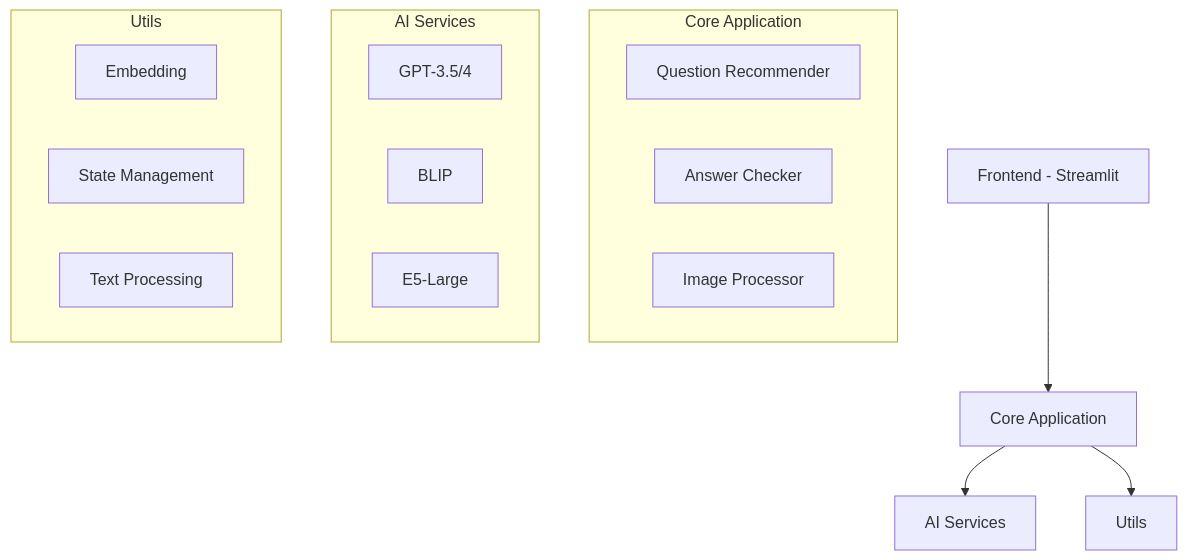
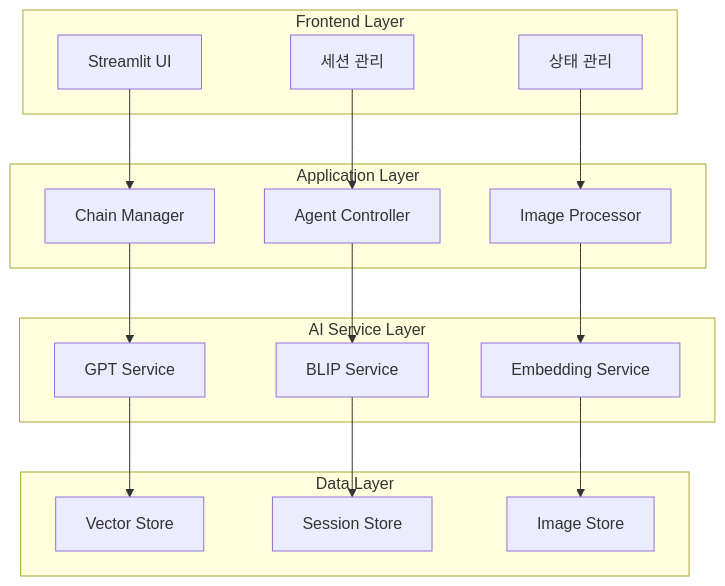
One commit to SKNETWORKS-FAMILY-AICAMP/SKN03-4th-3Team changed the fourth of 8 diagrams in README.md. Above: the diagram before and after it, drawn with Mermaid. The commit also changed other lines of this file, not shown here.

````diff
--- a/README.md
+++ b/README.md
@@ -70,24 +112,36 @@
 ```mermaid
 graph TB
-    A[Frontend - Streamlit] --> B[Core Application]
-    B --> C[AI Services]
-    B --> D[Utils]
-    
-    subgraph "Core Application"
-        B1[Question Recommender]
-        B2[Answer Checker]
+    subgraph "Frontend Layer"
+        A1[Streamlit UI]
+        A2[세션 관리]
+        A3[상태 관리]
+    end
+
+    subgraph "Application Layer"
+        B1[Chain Manager]
+        B2[Agent Controller]
         B3[Image Processor]
     end
-    
-    subgraph "AI Services"
-        C1[GPT-3.5/4]
-        C2[BLIP]
-        C3[E5-Large]
+
+    subgraph "AI Service Layer"
+        C1[GPT Service]
+        C2[BLIP Service]
+        C3[Embedding Service]
     end
-    
-    subgraph "Utils"
-        D1[Embedding]
-        D2[State Management]
-        D3[Text Processing]
+
+    subgraph "Data Layer"
+        D1[Vector Store]
+        D2[Session Store]
+        D3[Image Store]
     end
+
+    A1 --> B1
+    A2 --> B2
+    A3 --> B3
+    B1 --> C1
+    B2 --> C2
+    B3 --> C3
+    C1 --> D1
+    C2 --> D2
+    C3 --> D3
 ```
````
